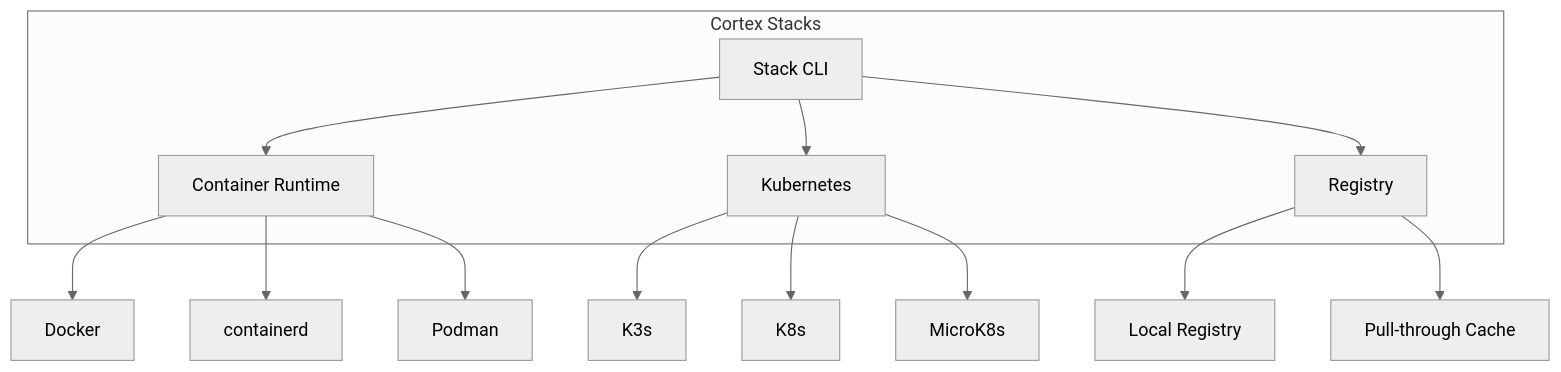
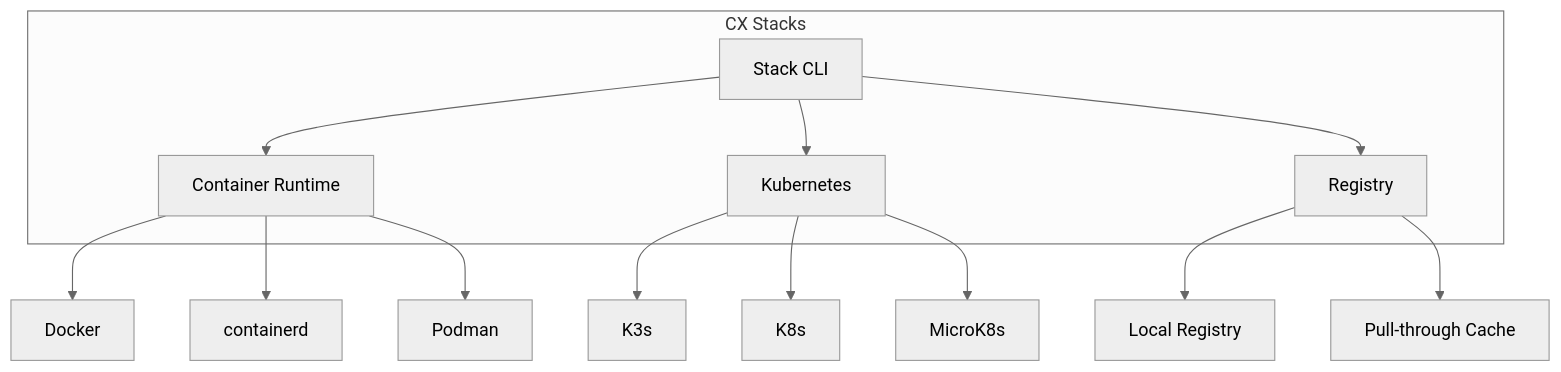
One commit to cxlinux-ai/cx-web changed the first of 2 diagrams in docs/docs/architecture/cortex-stacks.md. Above: the diagram before and after it, drawn with Mermaid (neutral theme). The commit also changed other lines of this file and 21 other files, not shown here.

````diff
--- a/docs/docs/architecture/cortex-stacks.md
+++ b/docs/docs/architecture/cortex-stacks.md
@@ -7,24 +7,24 @@
 ```mermaid
 graph TB
-    subgraph Cortex Stacks
+    subgraph CX Stacks
         A[Stack CLI]
         B[Container Runtime]
         C[Kubernetes]
         D[Registry]
     end
 
     A --> B
     A --> C
     A --> D
 
     B --> B1[Docker]
     B --> B2[containerd]
     B --> B3[Podman]
 
     C --> C1[K3s]
     C --> C2[K8s]
     C --> C3[MicroK8s]
 
     D --> D1[Local Registry]
     D --> D2[Pull-through Cache]
 ```
````
